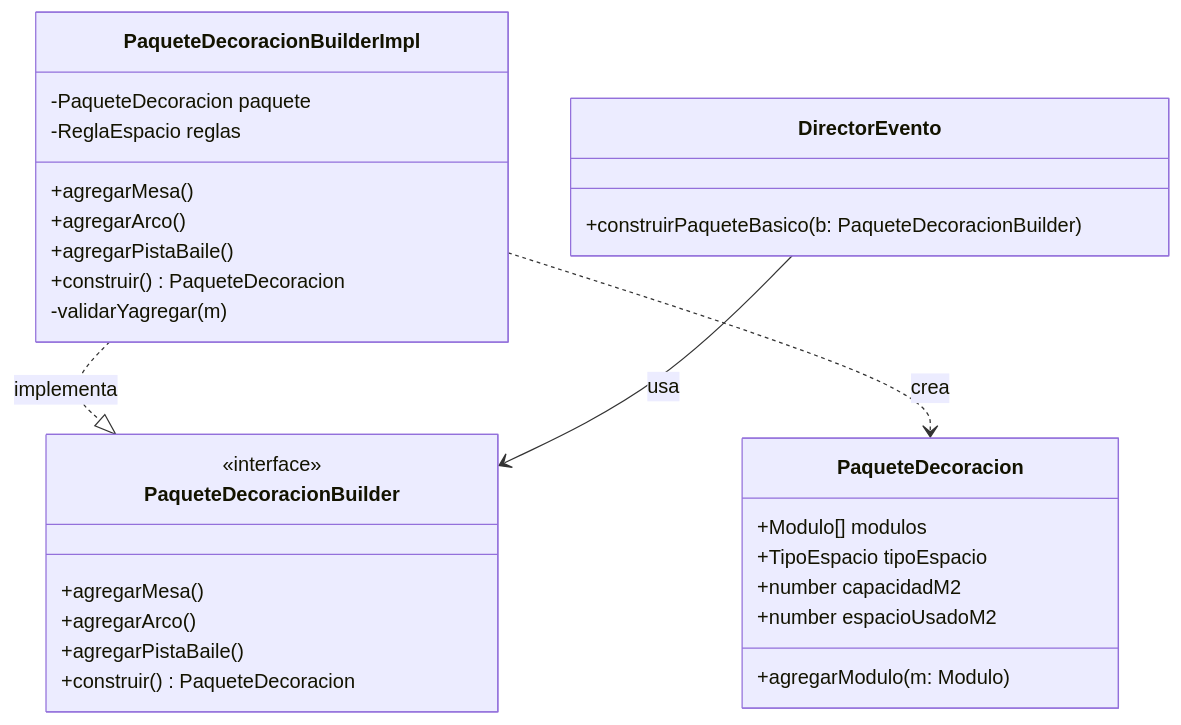
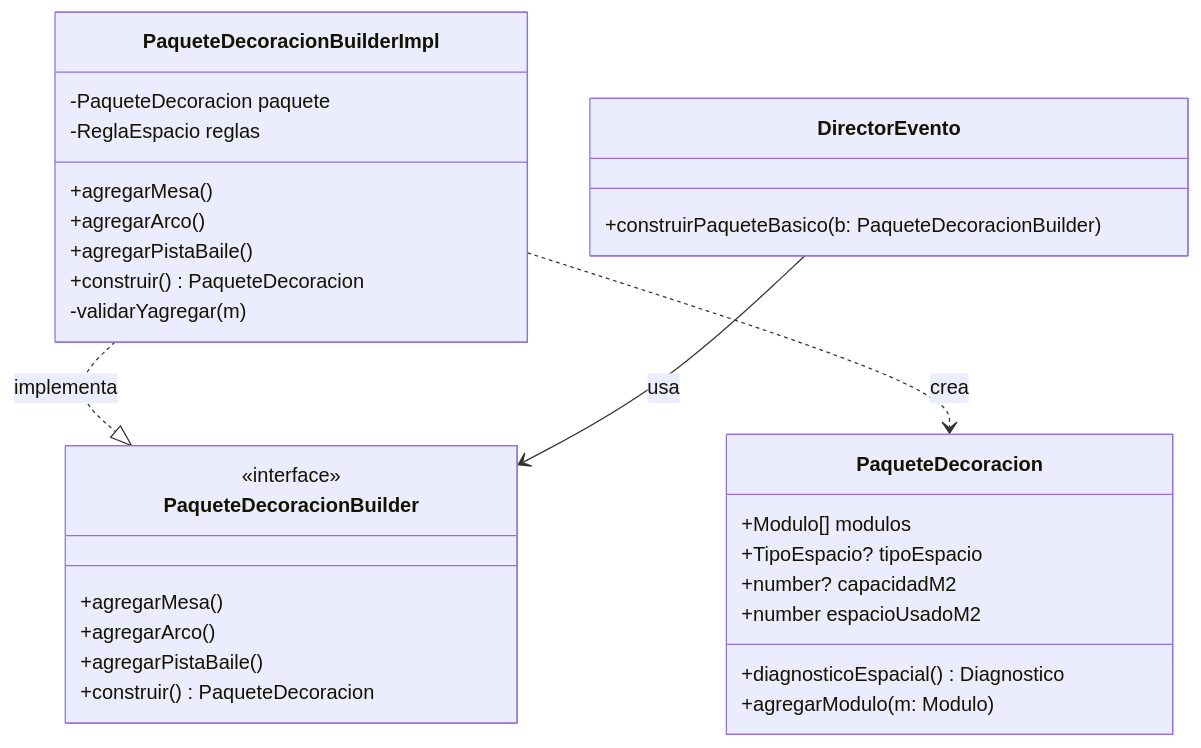
Before and after one commit to josemestre3009/DecorAr: the sixth of 7 diagrams in docs/DecorAR.md, drawn with Mermaid. The commit also changed other lines of this file and 203 other files, not shown here.

````diff
--- a/docs/DecorAR.md
+++ b/docs/DecorAR.md
@@ -492,36 +530,37 @@
 ```mermaid
 classDiagram
     class PaqueteDecoracionBuilderImpl {
         -PaqueteDecoracion paquete
         -ReglaEspacio reglas
         +agregarMesa()
         +agregarArco()
         +agregarPistaBaile()
         +construir() PaqueteDecoracion
         -validarYagregar(m)
     }
 
     class DirectorEvento {
         +construirPaqueteBasico(b: PaqueteDecoracionBuilder)
     }
 
     class PaqueteDecoracion {
         +Modulo[] modulos
-        +TipoEspacio tipoEspacio
-        +number capacidadM2
+        +TipoEspacio? tipoEspacio
+        +number? capacidadM2
         +number espacioUsadoM2
+        +diagnosticoEspacial() Diagnostico
         +agregarModulo(m: Modulo)
     }
 
     class PaqueteDecoracionBuilder {
         <<interface>>
         +agregarMesa()
         +agregarArco()
         +agregarPistaBaile()
         +construir() PaqueteDecoracion
     }
 
     PaqueteDecoracionBuilderImpl ..|> PaqueteDecoracionBuilder : implementa
     PaqueteDecoracionBuilderImpl ..> PaqueteDecoracion : crea
     DirectorEvento --> PaqueteDecoracionBuilder : usa
 ```
````
